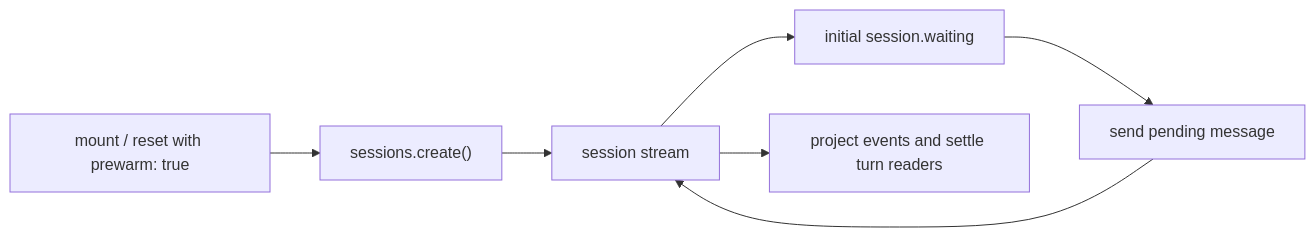
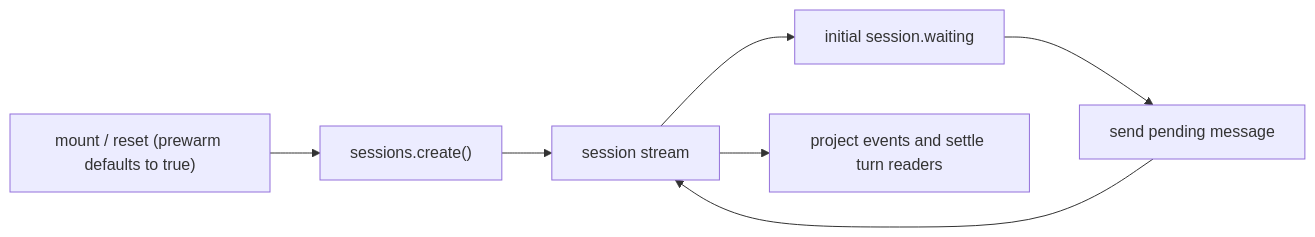
The diagram in research/session-prewarming.md (Caceras/eve-template), drawn with Mermaid before and after one commit. The commit also changed other lines of this file and 11 other files, not shown here.

Commit message:
feat(eve): prewarm frontend sessions by default

````diff
--- a/research/session-prewarming.md
+++ b/research/session-prewarming.md
@@ -46,9 +46,9 @@
 ```mermaid
 flowchart LR
-  Mount["mount / reset with prewarm: true"] --> Create["sessions.create()"]
+  Mount["mount / reset (prewarm defaults to true)"] --> Create["sessions.create()"]
   Create --> Pump["session stream"]
   Pump --> Ready["initial session.waiting"]
   Ready --> Send["send pending message"]
   Send --> Pump
   Pump --> UI["project events and settle turn readers"]
 ```
````
